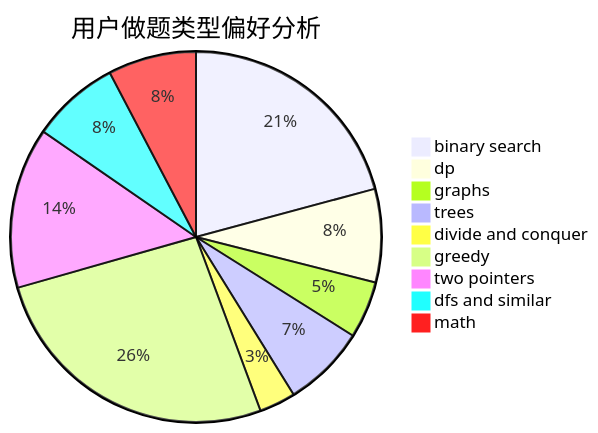
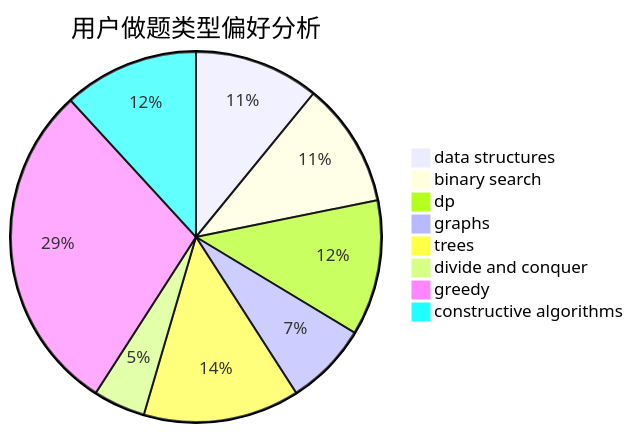
Before and after one commit to sherpahu/cfrs.github.io: the second of 3 diagrams in docs/user/u2231.md, drawn with Mermaid. The commit also changed other lines of this file and 2775 other files, not shown here.

````diff
--- a/docs/user/u2231.md
+++ b/docs/user/u2231.md
@@ -23,12 +23,11 @@
 ```mermaid
 pie title 用户做题类型偏好分析
-    "binary search" :  46
-    "dp" :  18
-    "graphs" :  11
-    "trees" :  16
-    "divide and conquer" :  7
-    "greedy" :  58
-    "two pointers" :  31
-    "dfs and similar" :  17
-    "math" :  17
+    "data structures" :  12
+    "binary search" :  12
+    "dp" :  13
+    "graphs" :  8
+    "trees" :  15
+    "divide and conquer" :  5
+    "greedy" :  32
+    "constructive algorithms" :  13
 ```
````
